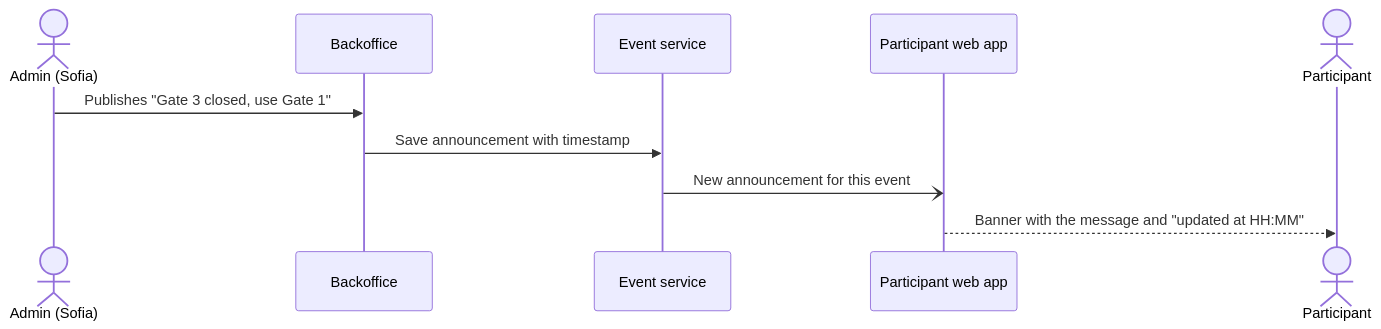
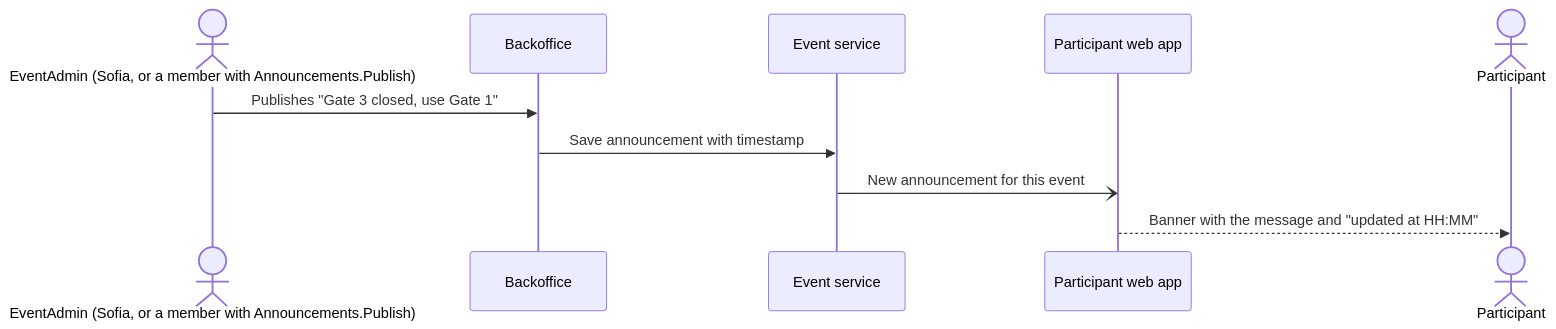
One commit to tomasoliveira21/LABDSOF changed the fifth of 8 diagrams in Docs/Product/user-workflows.md. Above: the diagram before and after it, drawn with Mermaid. The commit also changed other lines of this file and 10 other files, not shown here.

````diff
--- a/Docs/Product/user-workflows.md
+++ b/Docs/Product/user-workflows.md
@@ -167,13 +169,13 @@
 ```mermaid
 sequenceDiagram
-    actor A as Admin (Sofia)
+    actor A as EventAdmin (Sofia, or a member with Announcements.Publish)
     participant BO as Backoffice
     participant Ev as Event service
     participant App as Participant web app
     actor P as Participant
 
     A->>BO: Publishes "Gate 3 closed, use Gate 1"
     BO->>Ev: Save announcement with timestamp
     Ev-)App: New announcement for this event
     App-->>P: Banner with the message and "updated at HH:MM"
 ```
````
